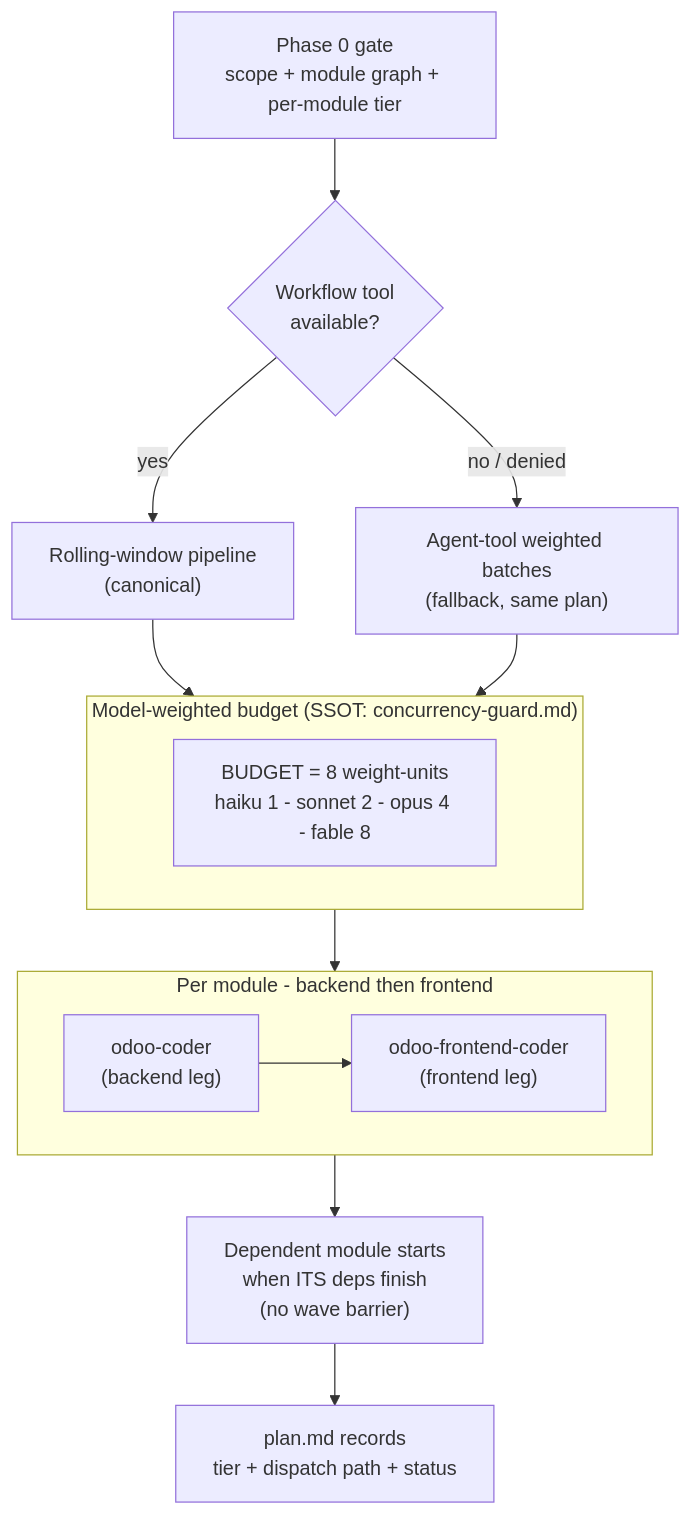
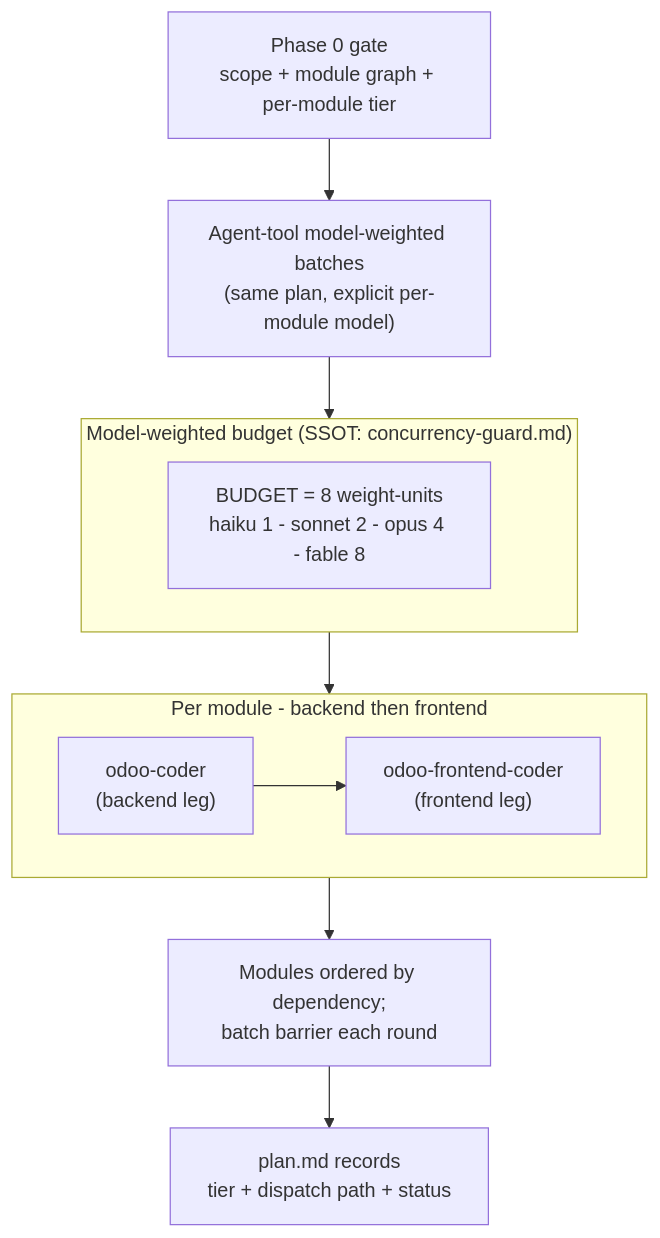
One commit to Viindoo/odoo-mcp-client changed the third of 5 diagrams in plugins/odoo-ai-agents/README.md. Above: the diagram before and after it, drawn with Mermaid. The commit also changed other lines of this file and 12 other files, not shown here.

````diff
--- a/plugins/odoo-ai-agents/README.md
+++ b/plugins/odoo-ai-agents/README.md
@@ -224,23 +224,20 @@
 ```mermaid
 flowchart TD
     GATE["Phase 0 gate<br/>scope + module graph + per-module tier"]
-    GATE --> WF{"Workflow tool<br/>available?"}
-    WF -->|yes| PIPE["Rolling-window pipeline<br/>(canonical)"]
-    WF -->|"no / denied"| BATCH["Agent-tool weighted batches<br/>(fallback, same plan)"]
+    GATE --> BATCH["Agent-tool model-weighted batches<br/>(same plan, explicit per-module model)"]
 
     subgraph BUDGET["Model-weighted budget (SSOT: concurrency-guard.md)"]
         W["BUDGET = 8 weight-units<br/>haiku 1 - sonnet 2 - opus 4 - fable 8"]
     end
 
-    PIPE --> BUDGET
     BATCH --> BUDGET
 
     subgraph PERMOD["Per module - backend then frontend"]
         direction LR
         BE["odoo-coder<br/>(backend leg)"] --> FE["odoo-frontend-coder<br/>(frontend leg)"]
     end
 
     BUDGET --> PERMOD
-    PERMOD --> DEP["Dependent module starts<br/>when ITS deps finish<br/>(no wave barrier)"]
+    PERMOD --> DEP["Modules ordered by dependency;<br/>batch barrier each round"]
     DEP --> PLAN["plan.md records<br/>tier + dispatch path + status"]
 ```
````
